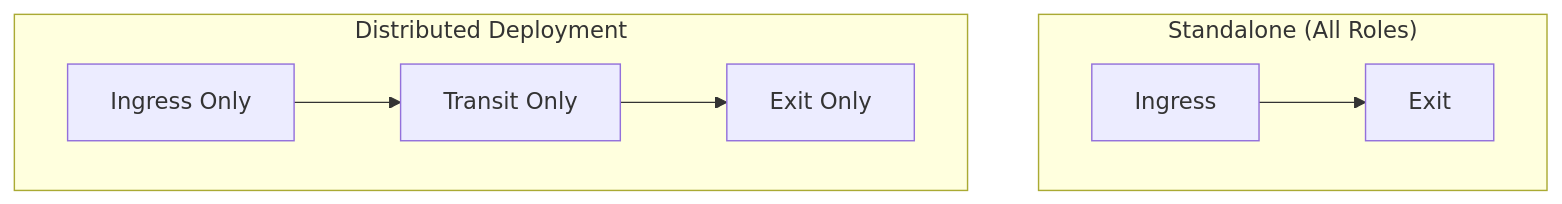
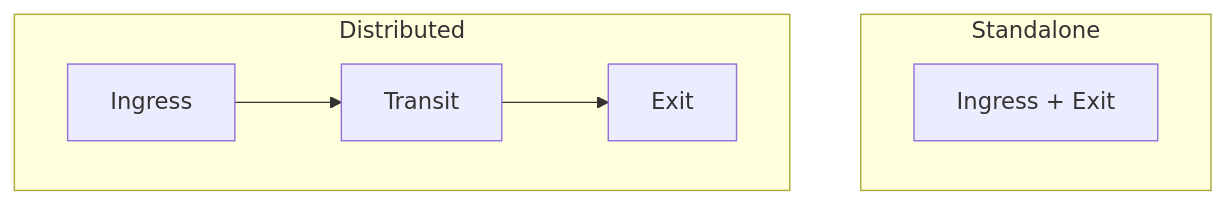
The second of 2 diagrams in docs/docs/concepts/agent-roles.md (Muti-Metroo/Muti-Metroo), drawn with Mermaid before and after one commit. The commit also changed other lines of this file and 156 other files, not shown here.

````diff
--- a/docs/docs/concepts/agent-roles.md
+++ b/docs/docs/concepts/agent-roles.md
@@ -94,11 +86,11 @@
 ```mermaid
 flowchart TB
-    subgraph Standalone["Standalone (All Roles)"]
-        S_In[Ingress] --> S_Exit[Exit]
+    subgraph Standalone["Standalone"]
+        S_In[Ingress + Exit]
     end
 
-    subgraph Distributed["Distributed Deployment"]
-        D_In[Ingress Only] --> D_Trans[Transit Only]
-        D_Trans --> D_Exit[Exit Only]
+    subgraph Distributed["Distributed"]
+        D_In[Ingress] --> D_Trans[Transit]
+        D_Trans --> D_Exit[Exit]
     end
 ```
````
